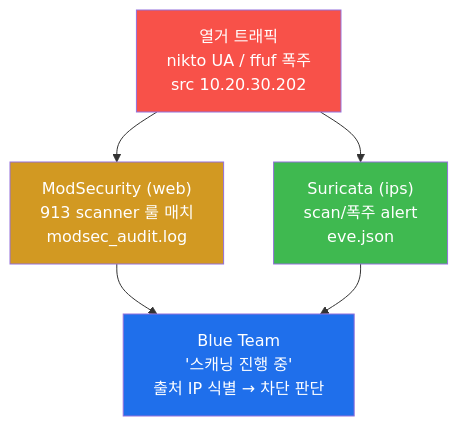
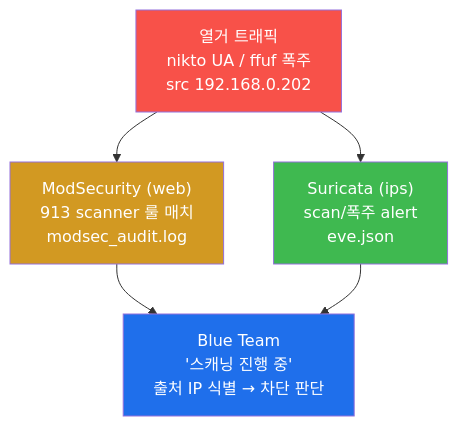
One commit to mrgrit/tw2 changed the sixth of 6 diagrams in contents/training/attack/lecture_week02.md. Above: the diagram before and after it, drawn with Mermaid. The commit also changed other lines of this file and 304 other files, not shown here.

````diff
--- a/contents/training/attack/lecture_week02.md
+++ b/contents/training/attack/lecture_week02.md
@@ -365,12 +365,12 @@
 ```mermaid
 graph TD
-    SCAN["열거 트래픽<br/>nikto UA / ffuf 폭주<br/>src 10.20.30.202"]
+    SCAN["열거 트래픽<br/>nikto UA / ffuf 폭주<br/>src 192.168.0.202"]
     SCAN --> MS["ModSecurity (web)<br/>913 scanner 룰 매치<br/>modsec_audit.log"]
     SCAN --> SUR["Suricata (ips)<br/>scan/폭주 alert<br/>eve.json"]
     MS --> BLUE["Blue Team<br/>'스캐닝 진행 중'<br/>출처 IP 식별 → 차단 판단"]
     SUR --> BLUE
     style SCAN fill:#f85149,color:#fff
     style MS fill:#d29922,color:#fff
     style SUR fill:#3fb950,color:#fff
     style BLUE fill:#1f6feb,color:#fff
 ```
````
